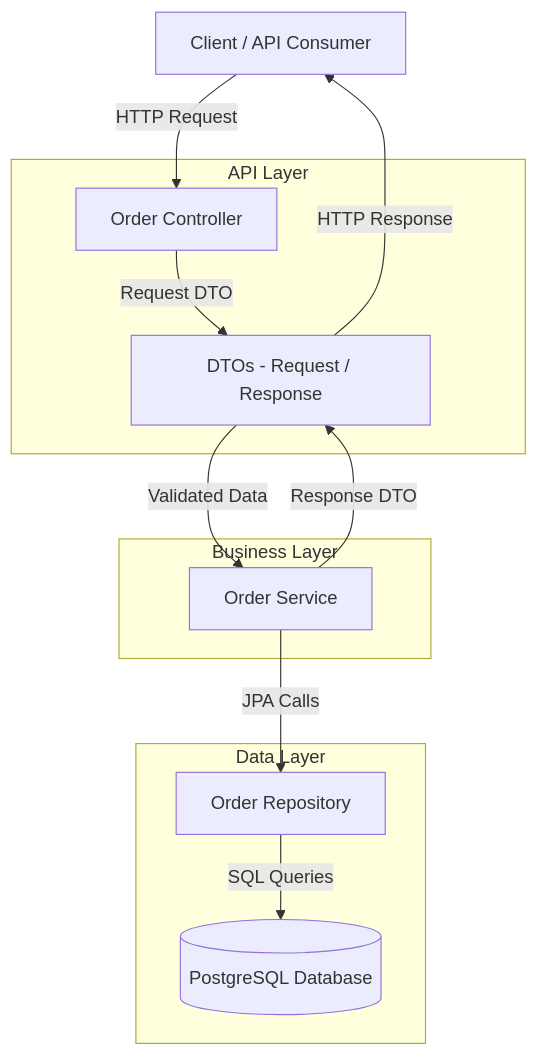
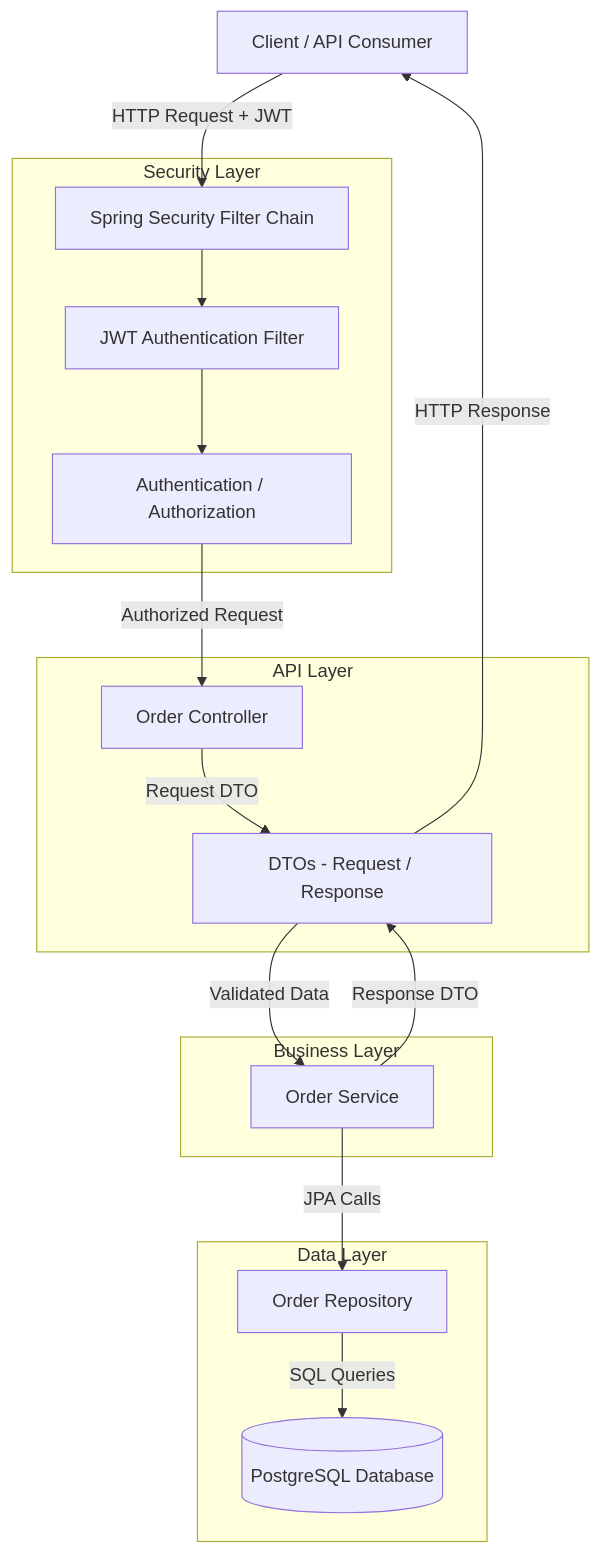
One commit to PrashantVIT1/backend-order-service changed the first of 5 diagrams in README.md. Above: the diagram before and after it, drawn with Mermaid. The commit also changed other lines of this file, not shown here.

Commit message:
Update README with Security Architecture details
Added Security Architecture and Security Highlights sections to the README.

````diff
--- a/README.md
+++ b/README.md
@@ -43,26 +44,37 @@
 ```mermaid
 graph TD
     Client[Client / API Consumer]
+
+    subgraph Security Layer
+        Security[Spring Security Filter Chain]
+        JwtFilter[JWT Authentication Filter]
+        Auth[Authentication / Authorization]
+    end
 
     subgraph API Layer
         Controller[Order Controller]
         DTO[DTOs - Request / Response]
     end
 
     subgraph Business Layer
         Service[Order Service]
     end
 
     subgraph Data Layer
         Repository[Order Repository]
         DB[(PostgreSQL Database)]
     end
 
-    Client -->|HTTP Request| Controller
+    Client -->|HTTP Request + JWT| Security
+    Security --> JwtFilter
+    JwtFilter --> Auth
+    Auth -->|Authorized Request| Controller
+
     Controller -->|Request DTO| DTO
     DTO -->|Validated Data| Service
     Service -->|JPA Calls| Repository
     Repository -->|SQL Queries| DB
+
     Service -->|Response DTO| DTO
     DTO -->|HTTP Response| Client
 ```
````
